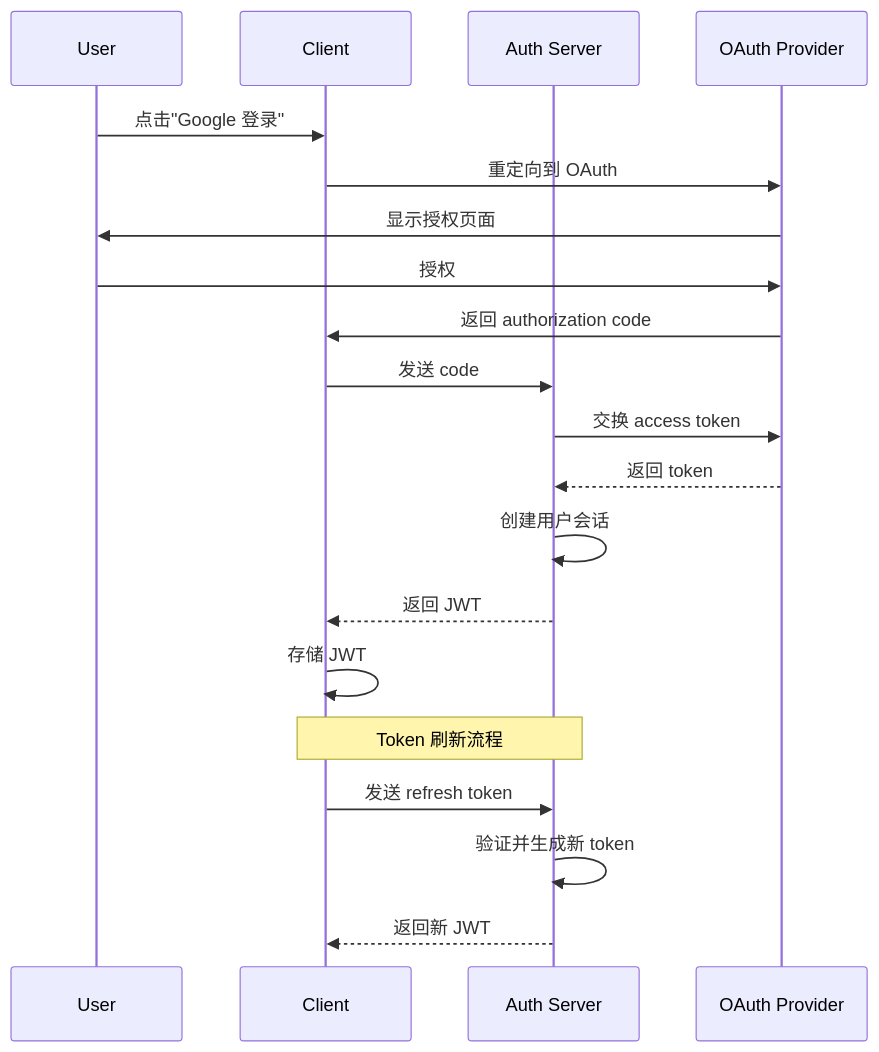
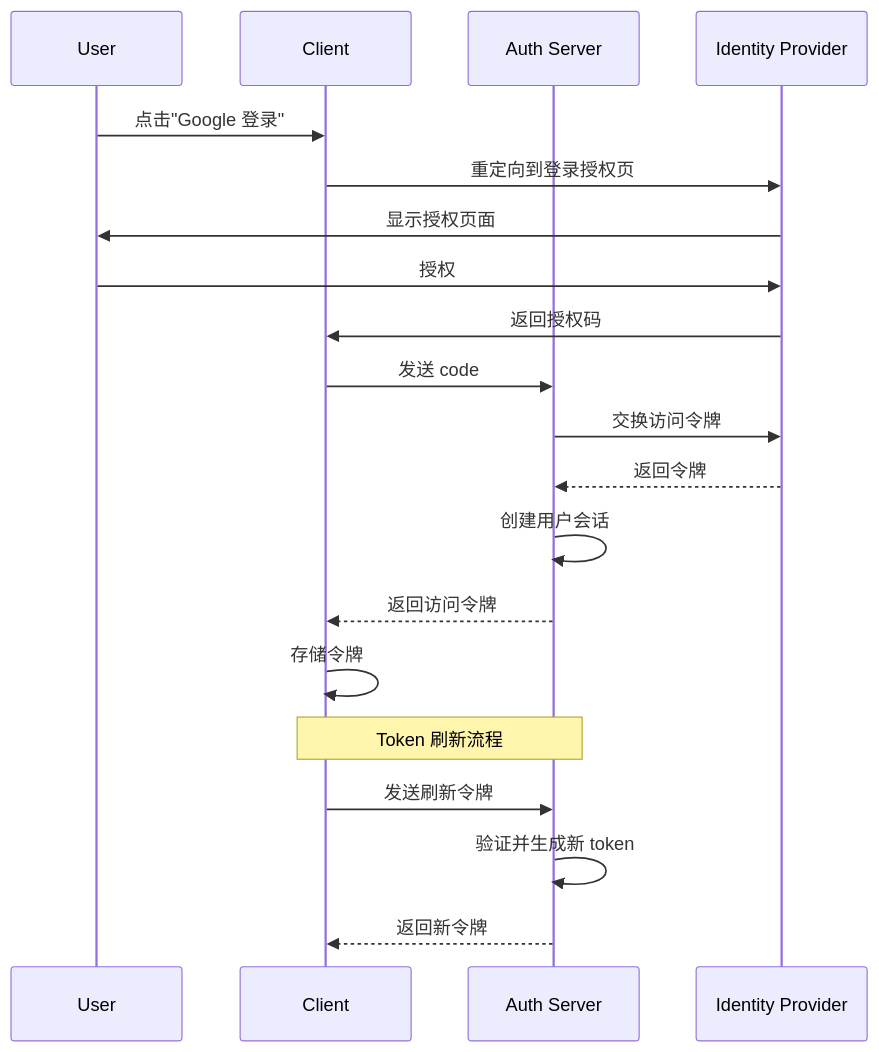
The sixth of 6 diagrams in 10_agentic_coding/10.4_workflow.md (yeasy/agentic_ai_guide), drawn with Mermaid before and after one commit. The commit also changed other lines of this file and 88 other files, not shown here.

````diff
--- a/10_agentic_coding/10.4_workflow.md
+++ b/10_agentic_coding/10.4_workflow.md
@@ -387,24 +387,24 @@
 ```mermaid
 sequenceDiagram
     participant U as User
     participant C as Client
     participant A as Auth Server
-    participant O as OAuth Provider
+    participant O as Identity Provider
     
     U->>C: 点击"Google 登录"
-    C->>O: 重定向到 OAuth
+    C->>O: 重定向到登录授权页
     O->>U: 显示授权页面
     U->>O: 授权
-    O->>C: 返回 authorization code
+    O->>C: 返回授权码
     C->>A: 发送 code
-    A->>O: 交换 access token
-    O-->>A: 返回 token
+    A->>O: 交换访问令牌
+    O-->>A: 返回令牌
     A->>A: 创建用户会话
-    A-->>C: 返回 JWT
-    C->>C: 存储 JWT
+    A-->>C: 返回访问令牌
+    C->>C: 存储令牌
     
     Note over C,A: Token 刷新流程
-    C->>A: 发送 refresh token
+    C->>A: 发送刷新令牌
     A->>A: 验证并生成新 token
-    A-->>C: 返回新 JWT
+    A-->>C: 返回新令牌
 ```
````
